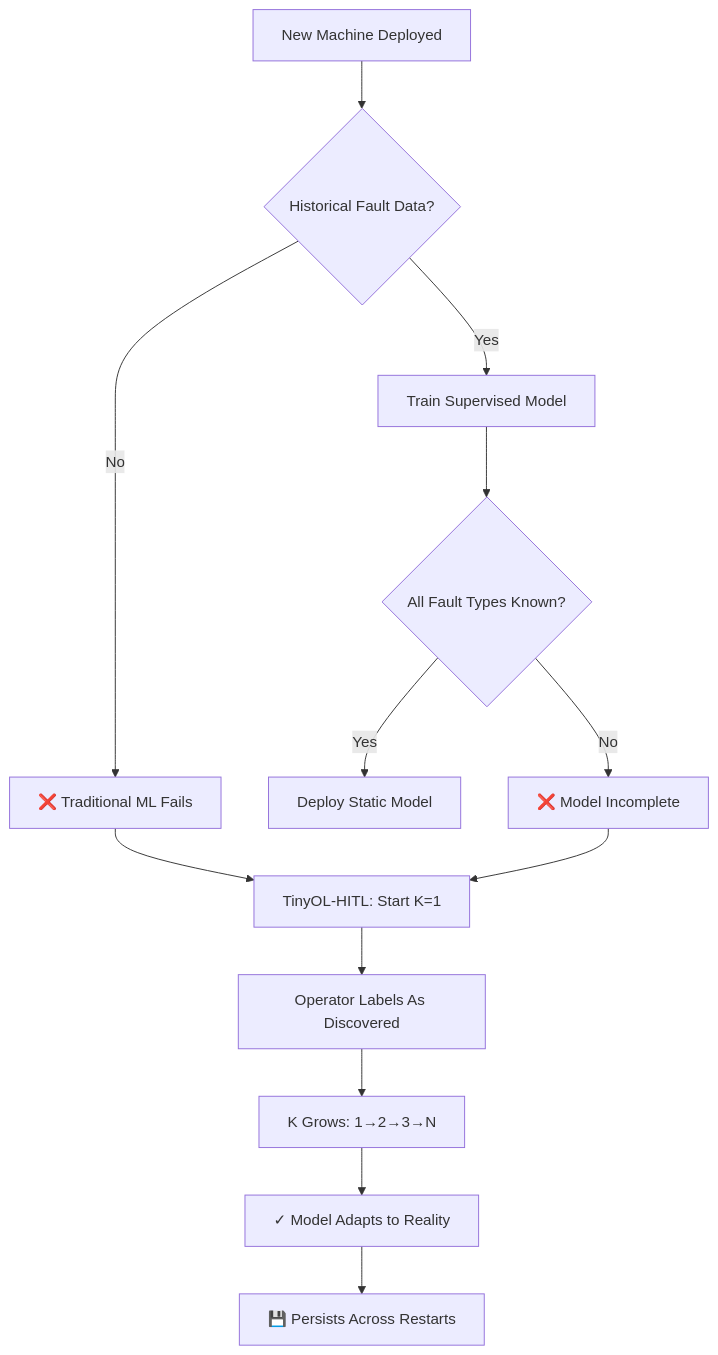
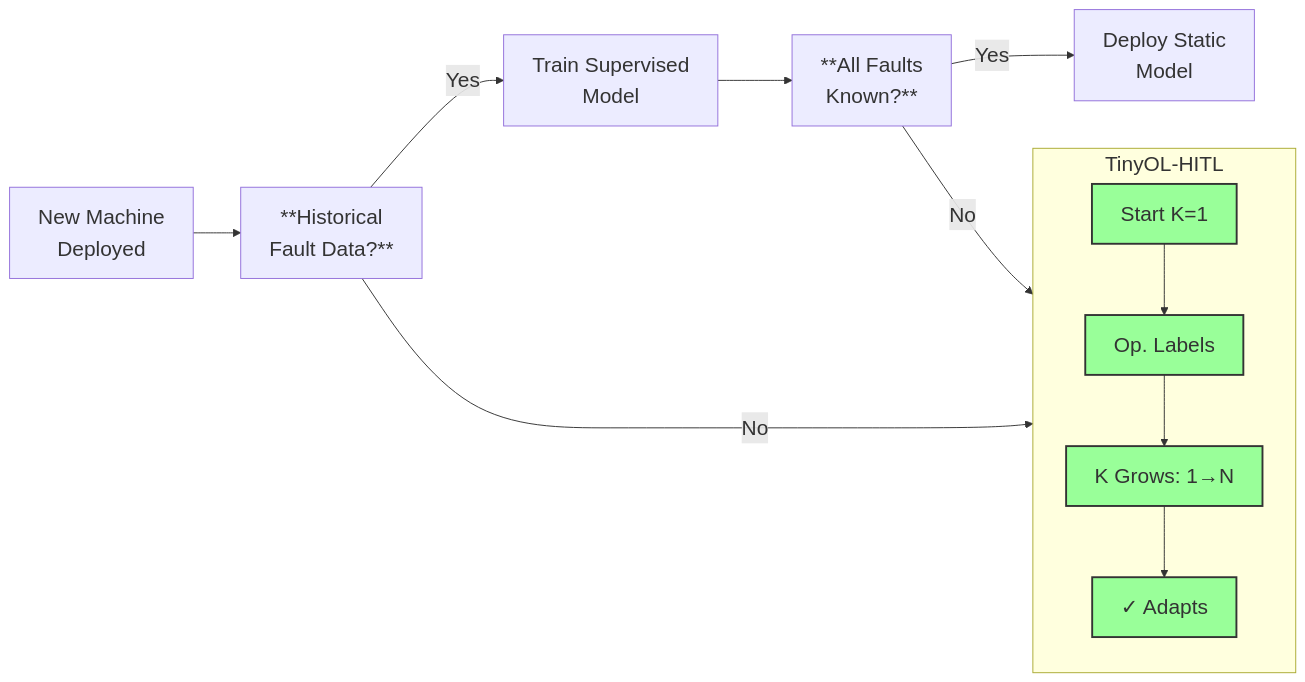
The first of 6 diagrams in slidev/slides.md (leekaize/tinyol-hitl), drawn with Mermaid before and after one commit. The commit also changed other lines of this file and 5 other files, not shown here.

````diff
--- a/slidev/slides.md
+++ b/slidev/slides.md
@@ -109,18 +118,27 @@
 ```mermaid
-flowchart TB
-    A[New Machine Deployed] --> B{Historical Fault Data?}
-    B -->|Yes| C[Train Supervised Model]
-    B -->|No| D[❌ Traditional ML Fails]
+%%{init: {'themeVariables': { 'fontSize': '22px' }}}%%
+flowchart LR
+ subgraph Solution["TinyOL-HITL"]
+    direction TB
+        K["✓ Adapts"]
+        J["K Grows: 1→N"]
+        I["Op. Labels"]
+        H["Start K=1"]
+  end
+    A["New Machine<br>Deployed"] --> B["**Historical<br>Fault Data?**"]
+    B -- Yes --> C["Train Supervised<br>Model"]
+    B -- No --> Solution
+    C --> E["**All Faults<br>Known?**"]
+    E -- Yes --> F["Deploy Static<br>Model"]
+    E -- No --> Solution
+    H --> I
+    I --> J
+    J --> K
 
-    C --> E{All Fault Types Known?}
-    E -->|Yes| F[Deploy Static Model]
-    E -->|No| G[❌ Model Incomplete]
-
-    D --> H[TinyOL-HITL: Start K=1]
-    G --> H
-
-    H --> I[Operator Labels As Discovered]
-    I --> J[K Grows: 1→2→3→N]
-    J --> K[✓ Model Adapts to Reality]
-    K --> L[💾 Persists Across Restarts]
+    K:::success
+    J:::success
+    I:::success
+    H:::success
+    classDef fail fill:#f9f,stroke:#333,stroke-width:2px
+    classDef success fill:#9f9,stroke:#333,stroke-width:2px
 ```
````
